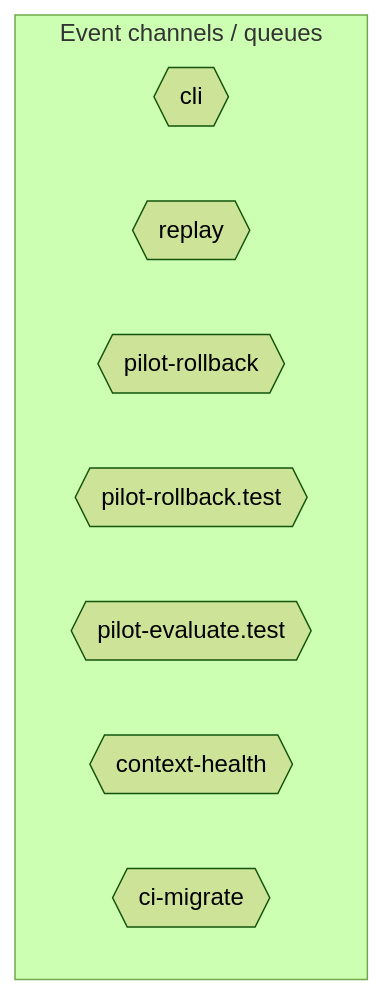
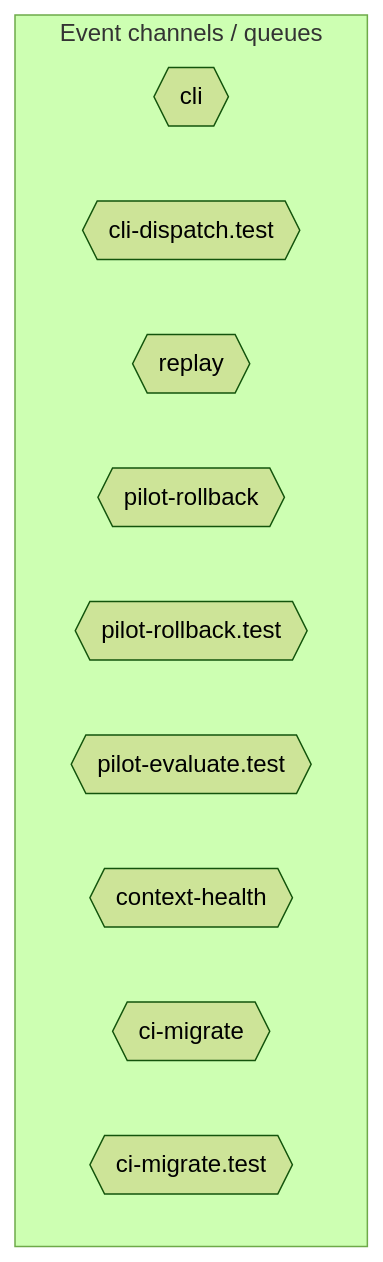
Before and after one commit to jscraik/coding-harness: the diagram in AI/diagrams/events.mmd, drawn with Mermaid (forest theme). The commit also changed 9 other files, not shown here.

Commit message:
chore(diagrams): auto-refresh architecture diagrams

```diff
--- a/AI/diagrams/events.mmd
+++ b/AI/diagrams/events.mmd
@@ -1,11 +1,13 @@
 flowchart TD
   subgraph Channels["Event channels / queues"]
     cli_99bb8840{{"cli"}}
+    cli_dispatch_test_54c9f17b{{"cli-dispatch.test"}}
     replay_ac203c98{{"replay"}}
     pilot_rollback_00c1f82c{{"pilot-rollback"}}
     pilot_rollback_test_e61d5a2b{{"pilot-rollback.test"}}
     pilot_evaluate_test_a2ac06fc{{"pilot-evaluate.test"}}
     context_health_80bb7da9{{"context-health"}}
     ci_migrate_78bb70b1{{"ci-migrate"}}
+    ci_migrate_test_2a015bb9{{"ci-migrate.test"}}
   end
   classDef eventNode fill:#db2777,color:#fff
```
